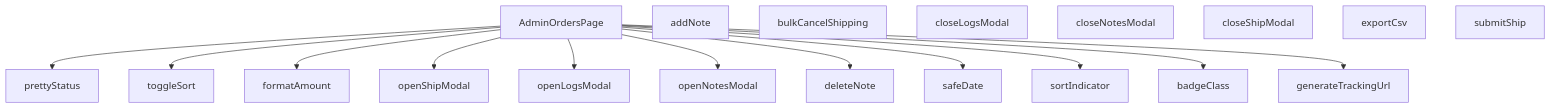
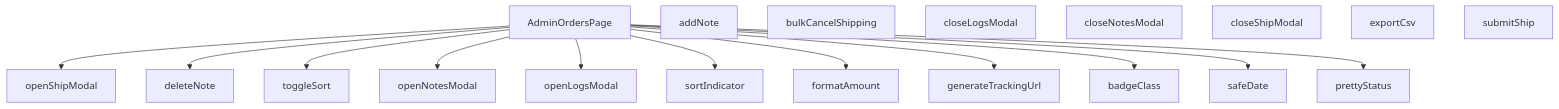
The diagram in src/views/admin/AdminOrdersPage.md (peckop/venthub-hvac-esite), drawn with Mermaid before and after one commit. The commit also changed other lines of this file and 723 other files, not shown here.

````diff
--- a/src/views/admin/AdminOrdersPage.md
+++ b/src/views/admin/AdminOrdersPage.md
@@ -566,33 +493,33 @@
 ```mermaid
 graph TD
     AdminOrdersPage_tsx__AdminOrdersPage["AdminOrdersPage"]
     AdminOrdersPage_tsx__addNote["addNote"]
     AdminOrdersPage_tsx__badgeClass["badgeClass"]
     AdminOrdersPage_tsx__bulkCancelShipping["bulkCancelShipping"]
     AdminOrdersPage_tsx__closeLogsModal["closeLogsModal"]
     AdminOrdersPage_tsx__closeNotesModal["closeNotesModal"]
     AdminOrdersPage_tsx__closeShipModal["closeShipModal"]
     AdminOrdersPage_tsx__deleteNote["deleteNote"]
     AdminOrdersPage_tsx__exportCsv["exportCsv"]
     AdminOrdersPage_tsx__formatAmount["formatAmount"]
     AdminOrdersPage_tsx__generateTrackingUrl["generateTrackingUrl"]
     AdminOrdersPage_tsx__openLogsModal["openLogsModal"]
     AdminOrdersPage_tsx__openNotesModal["openNotesModal"]
     AdminOrdersPage_tsx__openShipModal["openShipModal"]
     AdminOrdersPage_tsx__prettyStatus["prettyStatus"]
     AdminOrdersPage_tsx__safeDate["safeDate"]
     AdminOrdersPage_tsx__sortIndicator["sortIndicator"]
     AdminOrdersPage_tsx__submitShip["submitShip"]
     AdminOrdersPage_tsx__toggleSort["toggleSort"]
+    AdminOrdersPage_tsx__AdminOrdersPage --> AdminOrdersPage_tsx__openShipModal
+    AdminOrdersPage_tsx__AdminOrdersPage --> AdminOrdersPage_tsx__deleteNote
+    AdminOrdersPage_tsx__AdminOrdersPage --> AdminOrdersPage_tsx__toggleSort
+    AdminOrdersPage_tsx__AdminOrdersPage --> AdminOrdersPage_tsx__openNotesModal
+    AdminOrdersPage_tsx__AdminOrdersPage --> AdminOrdersPage_tsx__openLogsModal
+    AdminOrdersPage_tsx__AdminOrdersPage --> AdminOrdersPage_tsx__sortIndicator
+    AdminOrdersPage_tsx__AdminOrdersPage --> AdminOrdersPage_tsx__formatAmount
+    AdminOrdersPage_tsx__AdminOrdersPage --> AdminOrdersPage_tsx__generateTrackingUrl
+    AdminOrdersPage_tsx__AdminOrdersPage --> AdminOrdersPage_tsx__badgeClass
+    AdminOrdersPage_tsx__AdminOrdersPage --> AdminOrdersPage_tsx__safeDate
     AdminOrdersPage_tsx__AdminOrdersPage --> AdminOrdersPage_tsx__prettyStatus
-    AdminOrdersPage_tsx__AdminOrdersPage --> AdminOrdersPage_tsx__toggleSort
-    AdminOrdersPage_tsx__AdminOrdersPage --> AdminOrdersPage_tsx__formatAmount
-    AdminOrdersPage_tsx__AdminOrdersPage --> AdminOrdersPage_tsx__openShipModal
-    AdminOrdersPage_tsx__AdminOrdersPage --> AdminOrdersPage_tsx__openLogsModal
-    AdminOrdersPage_tsx__AdminOrdersPage --> AdminOrdersPage_tsx__openNotesModal
-    AdminOrdersPage_tsx__AdminOrdersPage --> AdminOrdersPage_tsx__deleteNote
-    AdminOrdersPage_tsx__AdminOrdersPage --> AdminOrdersPage_tsx__safeDate
-    AdminOrdersPage_tsx__AdminOrdersPage --> AdminOrdersPage_tsx__sortIndicator
-    AdminOrdersPage_tsx__AdminOrdersPage --> AdminOrdersPage_tsx__badgeClass
-    AdminOrdersPage_tsx__AdminOrdersPage --> AdminOrdersPage_tsx__generateTrackingUrl
 ```
````
